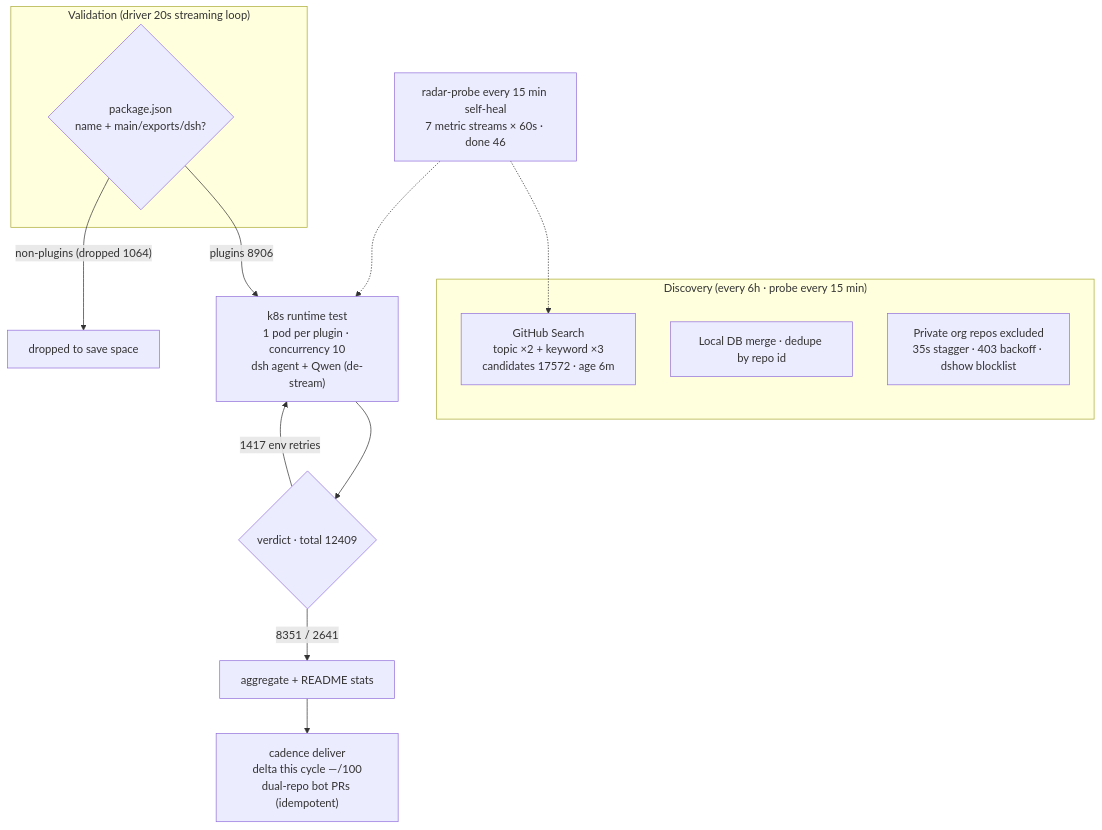
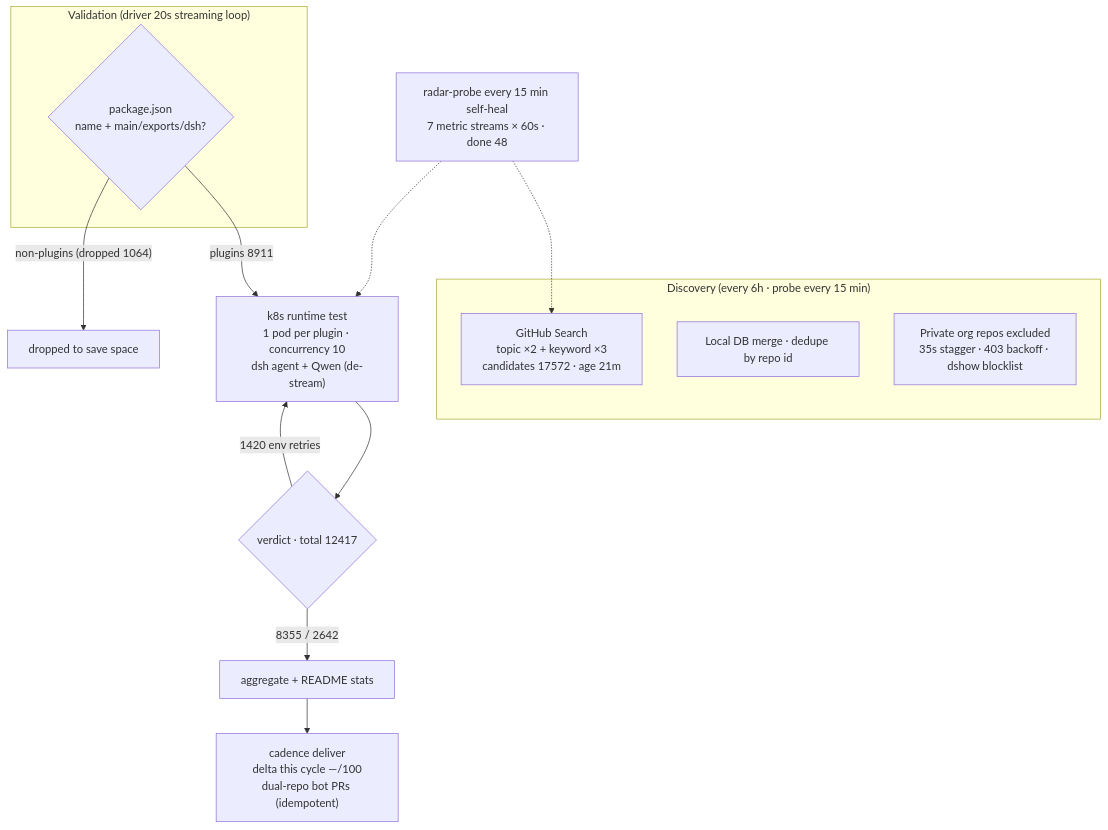
Before and after one commit to AdamPlatin123/awesome-dsh-plugins: the diagram in README.en-US.md, drawn with Mermaid. The commit also changed other lines of this file and 5 other files, not shown here.

````diff
--- a/README.en-US.md
+++ b/README.en-US.md
@@ -45,20 +45,20 @@
 ```mermaid
 flowchart TB
     subgraph Discovery["Discovery (every 6h · probe every 15 min)"]
-        A1["GitHub Search<br/>topic ×2 + keyword ×3<br/>candidates 17572 · age 6m"]
+        A1["GitHub Search<br/>topic ×2 + keyword ×3<br/>candidates 17572 · age 21m"]
         A2["Local DB merge · dedupe by repo id"]
         A3["Private org repos excluded<br/>35s stagger · 403 backoff · dshow blocklist"]
     end
     subgraph Validation["Validation (driver 20s streaming loop)"]
         B1{"package.json<br/>name + main/exports/dsh?"}
     end
-    B1 -->|"plugins 8906"| C1["k8s runtime test<br/>1 pod per plugin · concurrency 10<br/>dsh agent + Qwen (de-stream)"]
+    B1 -->|"plugins 8911"| C1["k8s runtime test<br/>1 pod per plugin · concurrency 10<br/>dsh agent + Qwen (de-stream)"]
     B1 -->|"non-plugins (dropped 1064)"| B3["dropped to save space"]
-    C1 --> D1{"verdict · total 12409"}
-    D1 -->|"8351 / 2641"| E1["aggregate + README stats"]
-    D1 -->|"1417 env retries"| C1
+    C1 --> D1{"verdict · total 12417"}
+    D1 -->|"8355 / 2642"| E1["aggregate + README stats"]
+    D1 -->|"1420 env retries"| C1
     E1 --> E2["cadence deliver<br/>delta this cycle —/100<br/>dual-repo bot PRs (idempotent)"]
-    M["radar-probe every 15 min self-heal<br/>7 metric streams × 60s · done 46"]
+    M["radar-probe every 15 min self-heal<br/>7 metric streams × 60s · done 48"]
     M -.-> A1
     M -.-> C1
 ```
````
